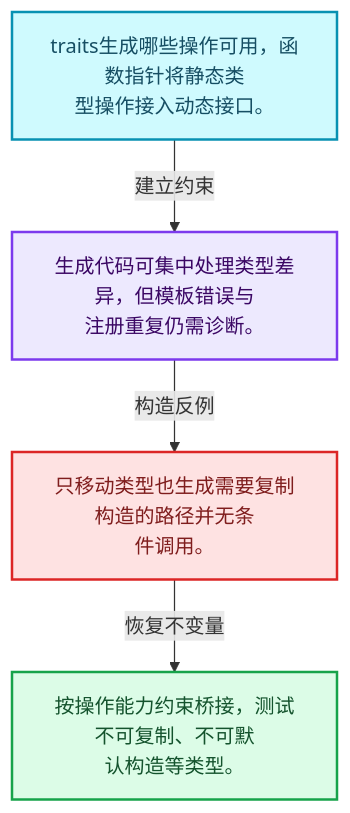
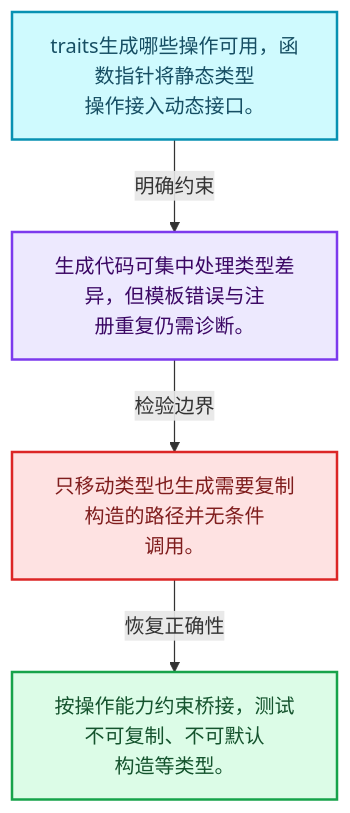
Before and after one commit to yunkezengren/blender-.vscode: the first of 4 diagrams in 杂/markdown/全面学习-codex/03-内存分配与运行时类型/07-CPPType操作生成.md, drawn with Mermaid. The commit also changed other lines of this file and 1930 other files, not shown here.

````diff
--- a/杂/markdown/全面学习-codex/03-内存分配与运行时类型/07-CPPType操作生成.md
+++ b/杂/markdown/全面学习-codex/03-内存分配与运行时类型/07-CPPType操作生成.md
@@ -29,16 +29,16 @@
 ```mermaid
 flowchart TB
-  M["traits生成哪些操作可用，函数指针将静态类<br/>型操作接入动态接口。"]:::data
-  T["生成代码可集中处理类型差异，但模板错误与<br/>注册重复仍需诊断。"]:::abstraction
-  X["只移动类型也生成需要复制构造的路径并无条<br/>件调用。"]:::error
-  A["按操作能力约束桥接，测试不可复制、不可默<br/>认构造等类型。"]:::result
-  M -->|"建立约束"| T
-  T -->|"构造反例"| X
-  X -->|"恢复不变量"| A
+  M["traits生成哪些操作可用，函数指针将静态类型<br/>操作接入动态接口。"]:::data
+  C["生成代码可集中处理类型差异，但模板错误与注<br/>册重复仍需诊断。"]:::abstraction
+  B["只移动类型也生成需要复制构造的路径并无条件<br/>调用。"]:::error
+  R["按操作能力约束桥接，测试不可复制、不可默认<br/>构造等类型。"]:::result
+  M -->|"明确约束"| C
+  C -->|"检验边界"| B
+  B -->|"恢复正确性"| R
   classDef input fill:#DBEAFE,stroke:#2563EB,color:#172554,stroke-width:2px;
   classDef data fill:#CFFAFE,stroke:#0891B2,color:#164E63,stroke-width:2px;
   classDef abstraction fill:#EDE9FE,stroke:#7C3AED,color:#3B0764,stroke-width:2px;
   classDef compute fill:#FEF3C7,stroke:#D97706,color:#78350F,stroke-width:2px;
   classDef result fill:#DCFCE7,stroke:#16A34A,color:#14532D,stroke-width:2px;
   classDef error fill:#FEE2E2,stroke:#DC2626,color:#7F1D1D,stroke-width:2px;
 ```
````
